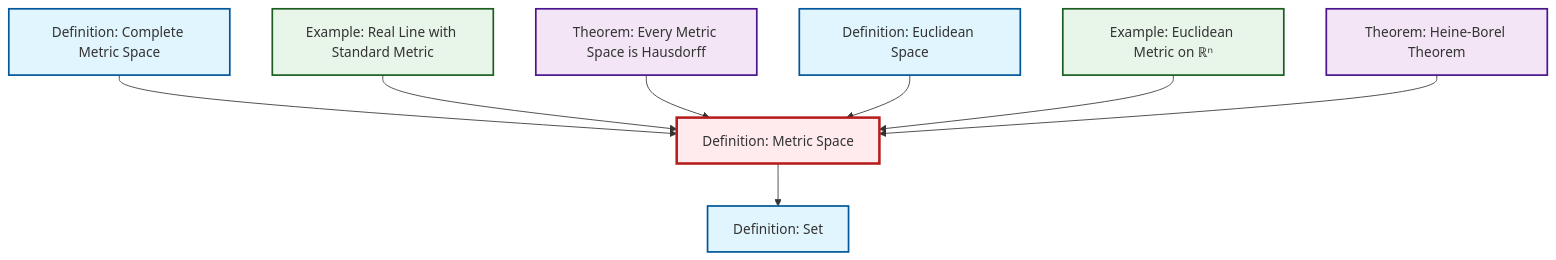
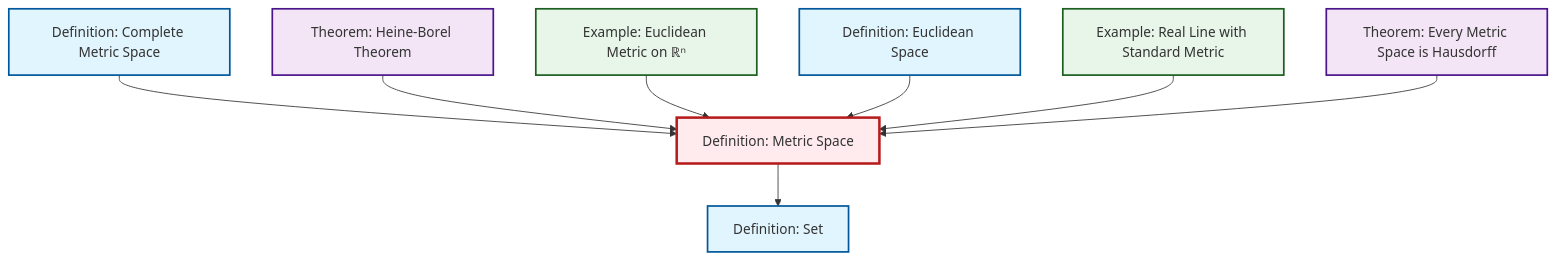
The diagram in content/ja/analysis/def-metric-space.qmd (RK0429/ModernMath), drawn with Mermaid before and after one commit. The commit also changed other lines of this file and 530 other files, not shown here.

````diff
--- a/content/ja/analysis/def-metric-space.qmd
+++ b/content/ja/analysis/def-metric-space.qmd
@@ -51,32 +51,32 @@
 ```{mermaid}
 %%| fig-cap: "Local dependency graph"
 graph TD
     classDef definition fill:#e1f5fe,stroke:#01579b,stroke-width:2px
     classDef theorem fill:#f3e5f5,stroke:#4a148c,stroke-width:2px
     classDef axiom fill:#fff3e0,stroke:#e65100,stroke-width:2px
     classDef example fill:#e8f5e9,stroke:#1b5e20,stroke-width:2px
     classDef current fill:#ffebee,stroke:#b71c1c,stroke-width:3px
-    thm-heine-borel["Theorem: Heine-Borel Theorem"]:::theorem
+    ex-real-line-metric["Example: Real Line with Standard Metric"]:::example
+    def-metric-space["Definition: Metric Space"]:::definition
     def-set["Definition: Set"]:::definition
-    def-metric-space["Definition: Metric Space"]:::definition
-    ex-real-line-metric["Example: Real Line with Standard Metric"]:::example
+    thm-metric-hausdorff["Theorem: Every Metric Space is Hausdorff"]:::theorem
     def-euclidean-space["Definition: Euclidean Space"]:::definition
-    thm-metric-hausdorff["Theorem: Every Metric Space is Hausdorff"]:::theorem
     ex-euclidean-metric["Example: Euclidean Metric on ℝⁿ"]:::example
     def-complete-metric-space["Definition: Complete Metric Space"]:::definition
+    thm-heine-borel["Theorem: Heine-Borel Theorem"]:::theorem
+    def-complete-metric-space --> def-metric-space
     def-metric-space --> def-set
-    def-complete-metric-space --> def-metric-space
+    thm-heine-borel --> def-metric-space
+    ex-euclidean-metric --> def-metric-space
+    def-euclidean-space --> def-metric-space
     ex-real-line-metric --> def-metric-space
     thm-metric-hausdorff --> def-metric-space
-    def-euclidean-space --> def-metric-space
-    ex-euclidean-metric --> def-metric-space
-    thm-heine-borel --> def-metric-space
     class def-metric-space current
-    click thm-heine-borel "thm-heine-borel.html" "Theorem: Heine-Borel Theoremへ"
+    click ex-real-line-metric "ex-real-line-metric.html" "Example: Real Line with Standard Metricへ"
     click def-set "def-set.html" "Definition: Setへ"
-    click ex-real-line-metric "ex-real-line-metric.html" "Example: Real Line with Standard Metricへ"
+    click thm-metric-hausdorff "thm-metric-hausdorff.html" "Theorem: Every Metric Space is Hausdorffへ"
     click def-euclidean-space "def-euclidean-space.html" "Definition: Euclidean Spaceへ"
-    click thm-metric-hausdorff "thm-metric-hausdorff.html" "Theorem: Every Metric Space is Hausdorffへ"
     click ex-euclidean-metric "ex-euclidean-metric.html" "Example: Euclidean Metric on ℝⁿへ"
     click def-complete-metric-space "def-complete-metric-space.html" "Definition: Complete Metric Spaceへ"
+    click thm-heine-borel "thm-heine-borel.html" "Theorem: Heine-Borel Theoremへ"
 ```
````
